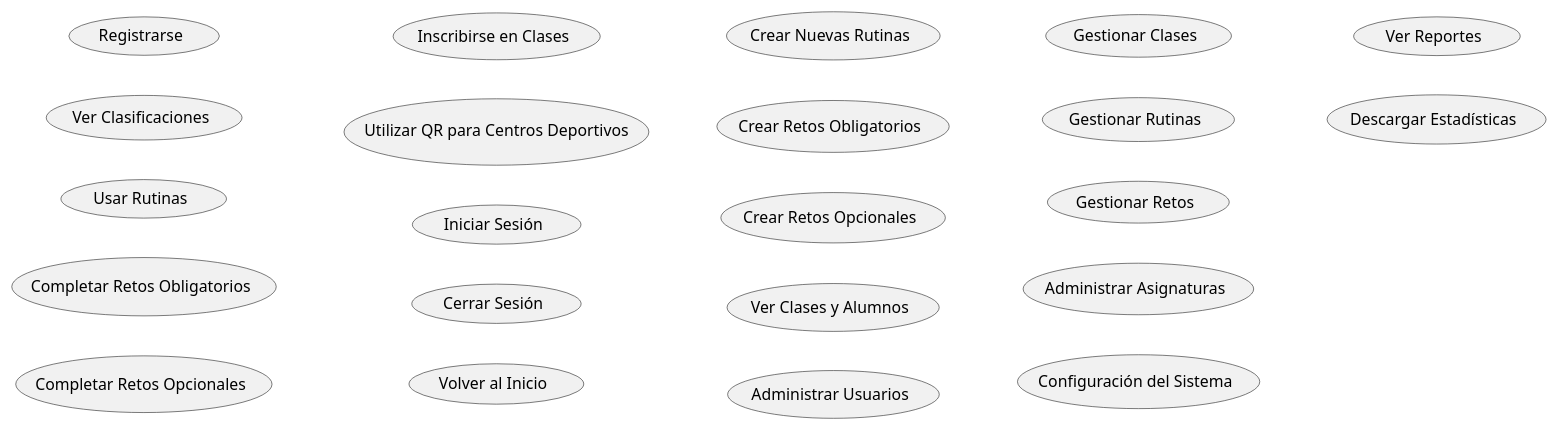
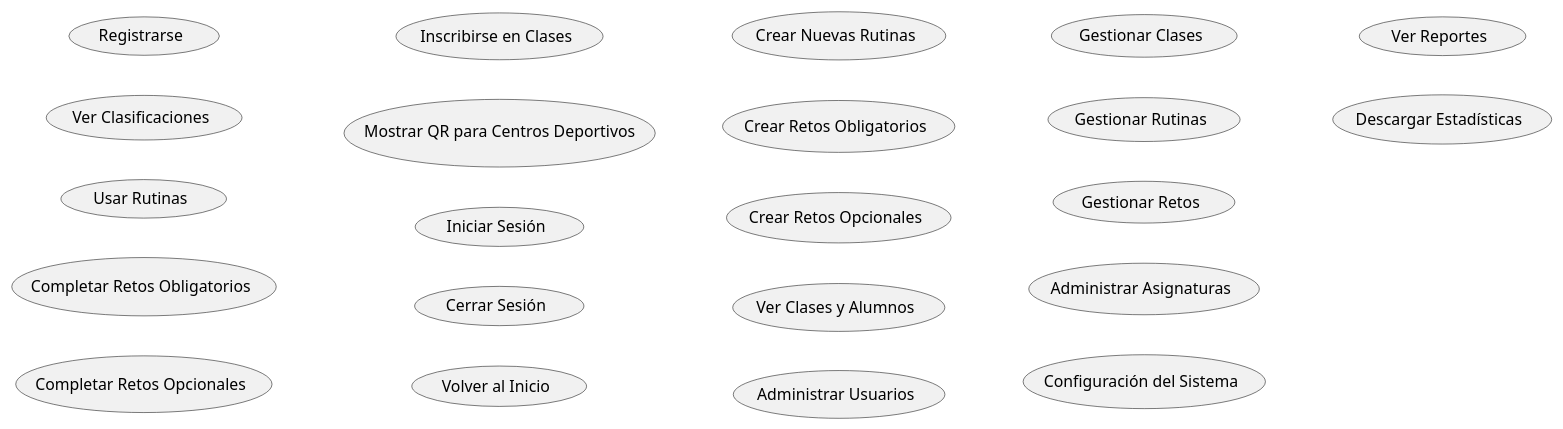
The diagram in Documentos/CasosUso/CasosUso.puml (mmasias/24-25-IdSw1-SDR), drawn with PlantUML before and after one commit.

```diff
--- a/Documentos/CasosUso/CasosUso.puml
+++ b/Documentos/CasosUso/CasosUso.puml
@@ -1,30 +1,30 @@
 @startuml
 left to right direction
 
 usecase "Registrarse" as Registrarse
 
 usecase "Ver Clasificaciones" as VerClasificaciones
 usecase "Usar Rutinas" as UsarRutinas
 usecase "Completar Retos Obligatorios" as CompletarRetosObligatorios
 usecase "Completar Retos Opcionales" as CompletarRetosOpcionales
 usecase "Inscribirse en Clases" as InscribirseClases
-usecase "Utilizar QR para Centros Deportivos" as UsarQR
+usecase "Mostrar QR para Centros Deportivos" as UsarQR
 usecase "Iniciar Sesión" as IniciarSesion
 usecase "Cerrar Sesión" as CerrarSesion
 usecase "Volver al Inicio" as VolverInicio
 
 usecase "Crear Nuevas Rutinas" as CrearRutinas
 usecase "Crear Retos Obligatorios" as CrearRetosObligatorios
 usecase "Crear Retos Opcionales" as CrearRetosOpcionales
 usecase "Ver Clases y Alumnos" as VerClasesAlumnos
 
 usecase "Administrar Usuarios" as AdministrarUsuarios
 usecase "Gestionar Clases" as GestionarClases
 usecase "Gestionar Rutinas" as GestionarRutinas
 usecase "Gestionar Retos" as GestionarRetos
 usecase "Administrar Asignaturas" as AdministrarAsignaturas
 usecase "Configuración del Sistema" as ConfigurarSistema
 usecase "Ver Reportes" as VerReportes
 usecase "Descargar Estadísticas" as DescargarEstadisticas
 
 @enduml
```
